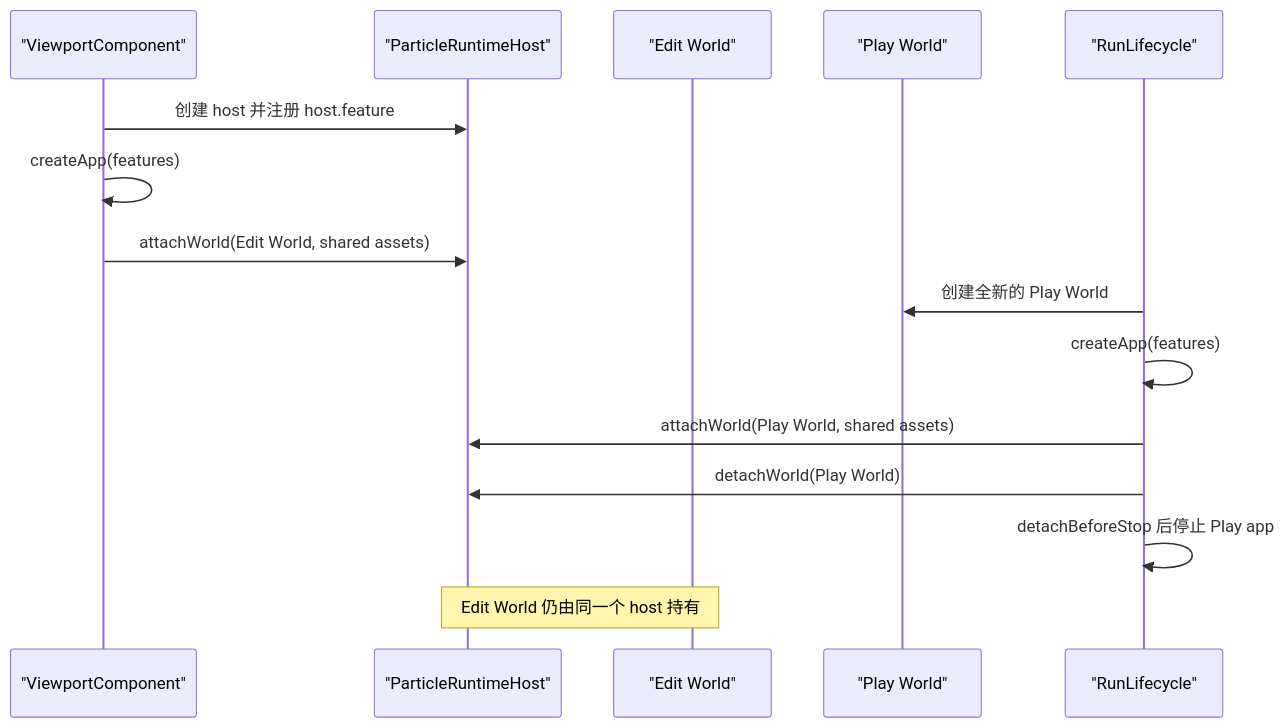
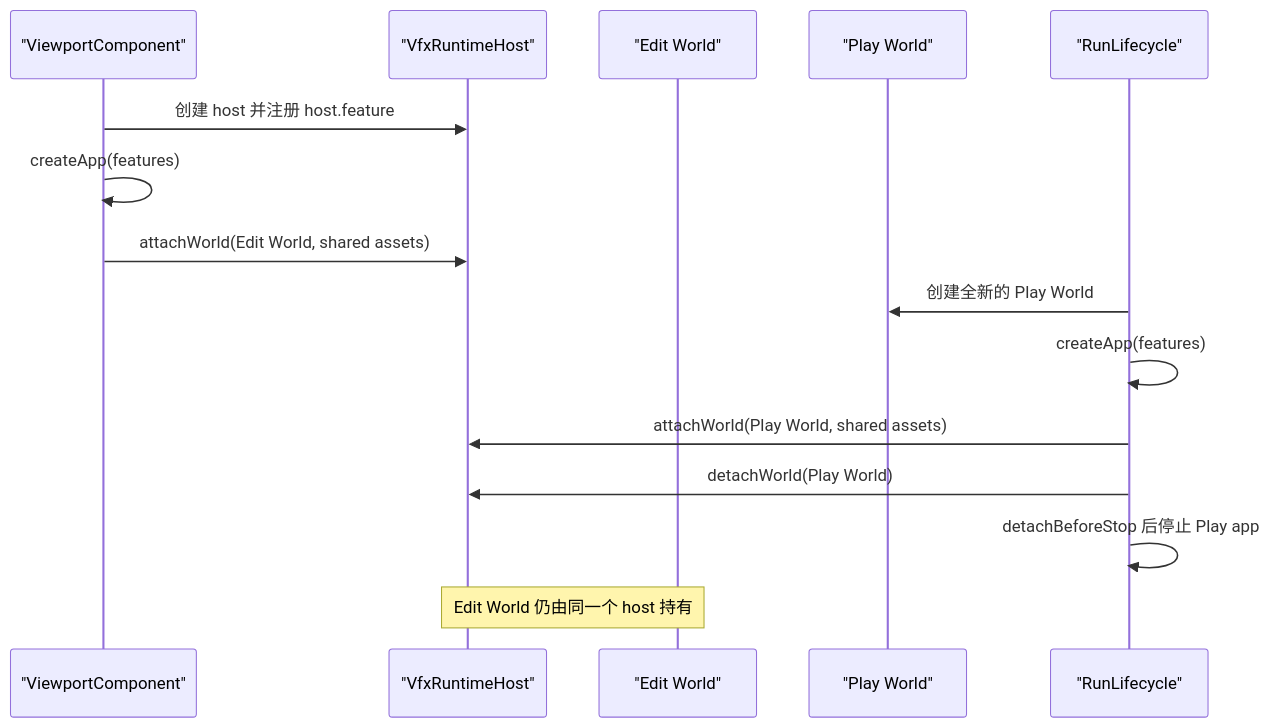
Before and after one commit to ForgeaX-Games/forgeax-editor: the diagram in packages/edit-runtime/README.md, drawn with Mermaid. The commit also changed other lines of this file and 1374 other files, not shown here.

````diff
--- a/packages/edit-runtime/README.md
+++ b/packages/edit-runtime/README.md
@@ -40,17 +40,17 @@
 ```mermaid
 sequenceDiagram
     participant V as "ViewportComponent"
-    participant H as "ParticleRuntimeHost"
+    participant H as "VfxRuntimeHost"
     participant E as "Edit World"
     participant P as "Play World"
     participant L as "RunLifecycle"
     V->>H: 创建 host 并注册 host.feature
     V->>V: createApp(features)
     V->>H: attachWorld(Edit World, shared assets)
     L->>P: 创建全新的 Play World
     L->>L: createApp(features)
     L->>H: attachWorld(Play World, shared assets)
     L->>H: detachWorld(Play World)
     L->>L: detachBeforeStop 后停止 Play app
     Note over H,E: Edit World 仍由同一个 host 持有
 ```
````
